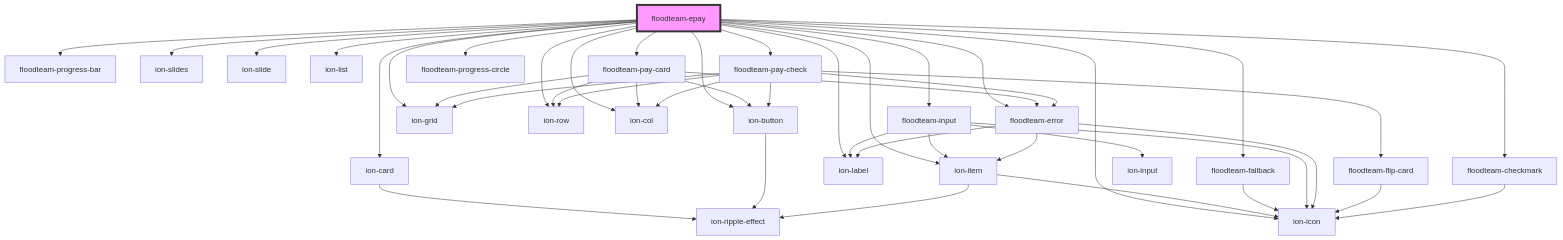
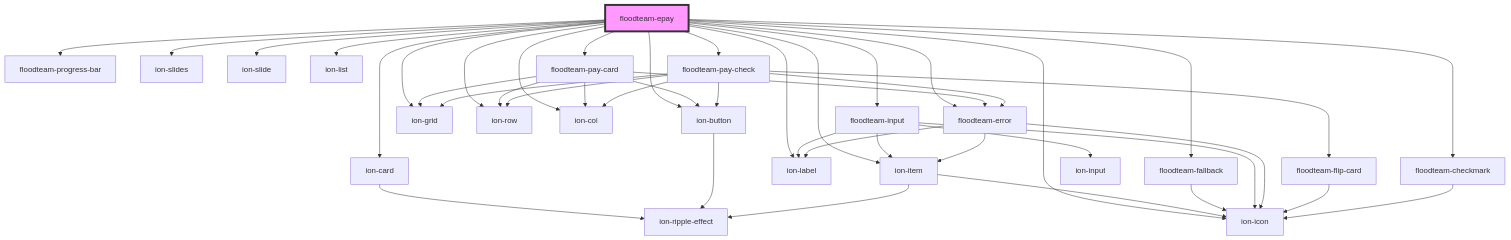
The diagram in src/components/epay/readme.md (FloodTeam/components), drawn with Mermaid before and after one commit. The commit also changed other lines of this file and 5 other files, not shown here.

````diff
--- a/src/components/epay/readme.md
+++ b/src/components/epay/readme.md
@@ -104,48 +113,47 @@
 ```mermaid
 graph TD;
   floodteam-epay --> ion-card
   floodteam-epay --> ion-button
   floodteam-epay --> ion-icon
   floodteam-epay --> floodteam-progress-bar
   floodteam-epay --> ion-slides
   floodteam-epay --> ion-slide
   floodteam-epay --> ion-grid
   floodteam-epay --> ion-row
   floodteam-epay --> ion-col
   floodteam-epay --> ion-item
   floodteam-epay --> ion-label
   floodteam-epay --> floodteam-fallback
   floodteam-epay --> ion-list
   floodteam-epay --> floodteam-input
   floodteam-epay --> floodteam-pay-card
   floodteam-epay --> floodteam-pay-check
   floodteam-epay --> floodteam-error
-  floodteam-epay --> floodteam-progress-circle
   floodteam-epay --> floodteam-checkmark
   ion-card --> ion-ripple-effect
   ion-button --> ion-ripple-effect
   ion-item --> ion-icon
   ion-item --> ion-ripple-effect
   floodteam-fallback --> ion-icon
   floodteam-input --> ion-input
   floodteam-input --> ion-item
   floodteam-input --> ion-icon
   floodteam-input --> ion-label
   floodteam-pay-card --> floodteam-error
   floodteam-pay-card --> ion-grid
   floodteam-pay-card --> ion-row
   floodteam-pay-card --> ion-col
   floodteam-pay-card --> ion-button
   floodteam-error --> ion-item
   floodteam-error --> ion-icon
   floodteam-error --> ion-label
   floodteam-pay-check --> floodteam-error
   floodteam-pay-check --> floodteam-flip-card
   floodteam-pay-check --> ion-grid
   floodteam-pay-check --> ion-row
   floodteam-pay-check --> ion-col
   floodteam-pay-check --> ion-button
   floodteam-flip-card --> ion-icon
   floodteam-checkmark --> ion-icon
   style floodteam-epay fill:#f9f,stroke:#333,stroke-width:4px
 ```
````
